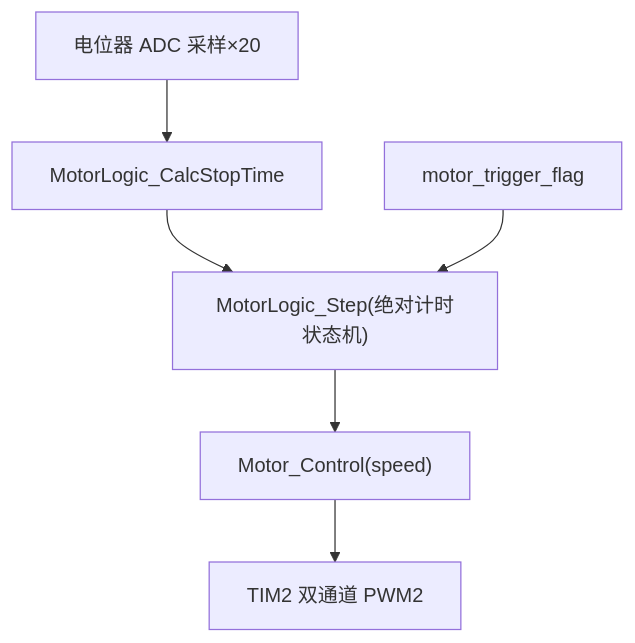
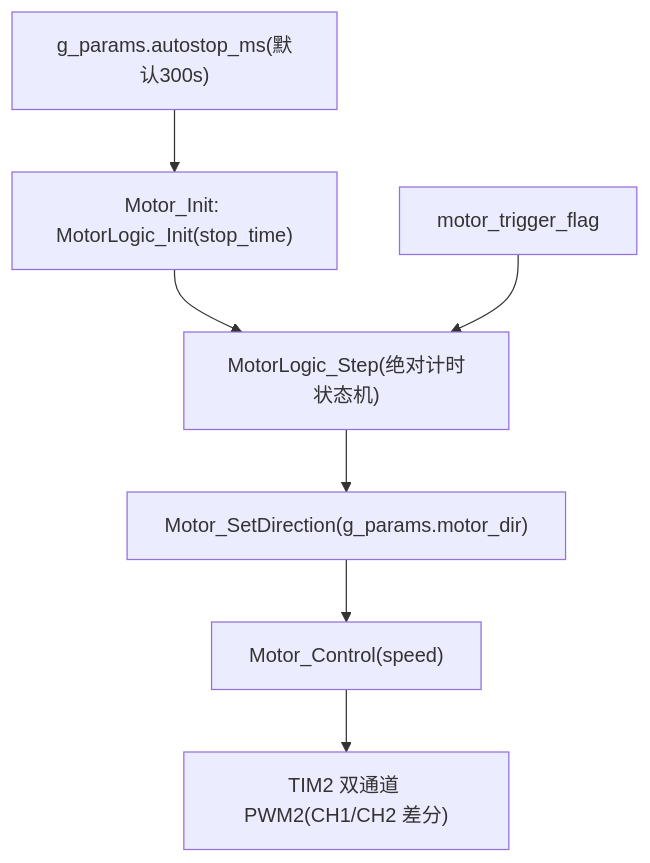
One commit to KNedwin/stm32-esp32-ai-test-car changed the second of 3 diagrams in docs/知识库/stm32_rfid_tts_baremetal/08_数据流与控制流.md. Above: the diagram before and after it, drawn with Mermaid. The commit also changed other lines of this file and 205 other files, not shown here.

````diff
--- a/docs/知识库/stm32_rfid_tts_baremetal/08_数据流与控制流.md
+++ b/docs/知识库/stm32_rfid_tts_baremetal/08_数据流与控制流.md
@@ -17,8 +17,9 @@
 ```mermaid
 flowchart TD
-    ADC["电位器 ADC 采样×20"] --> CT["MotorLogic_CalcStopTime"]
-    CT --> S["MotorLogic_Step(绝对计时状态机)"]
+    GP["g_params.autostop_ms(默认300s)"] --> MI["Motor_Init: MotorLogic_Init(stop_time)"]
+    MI --> S["MotorLogic_Step(绝对计时状态机)"]
     TF["motor_trigger_flag"] --> S
-    S --> MC["Motor_Control(speed)"]
-    MC --> PWM["TIM2 双通道 PWM2"]
+    S --> DIR["Motor_SetDirection(g_params.motor_dir)"]
+    DIR --> MC["Motor_Control(speed)"]
+    MC --> PWM["TIM2 双通道 PWM2(CH1/CH2 差分)"]
 ```
````
